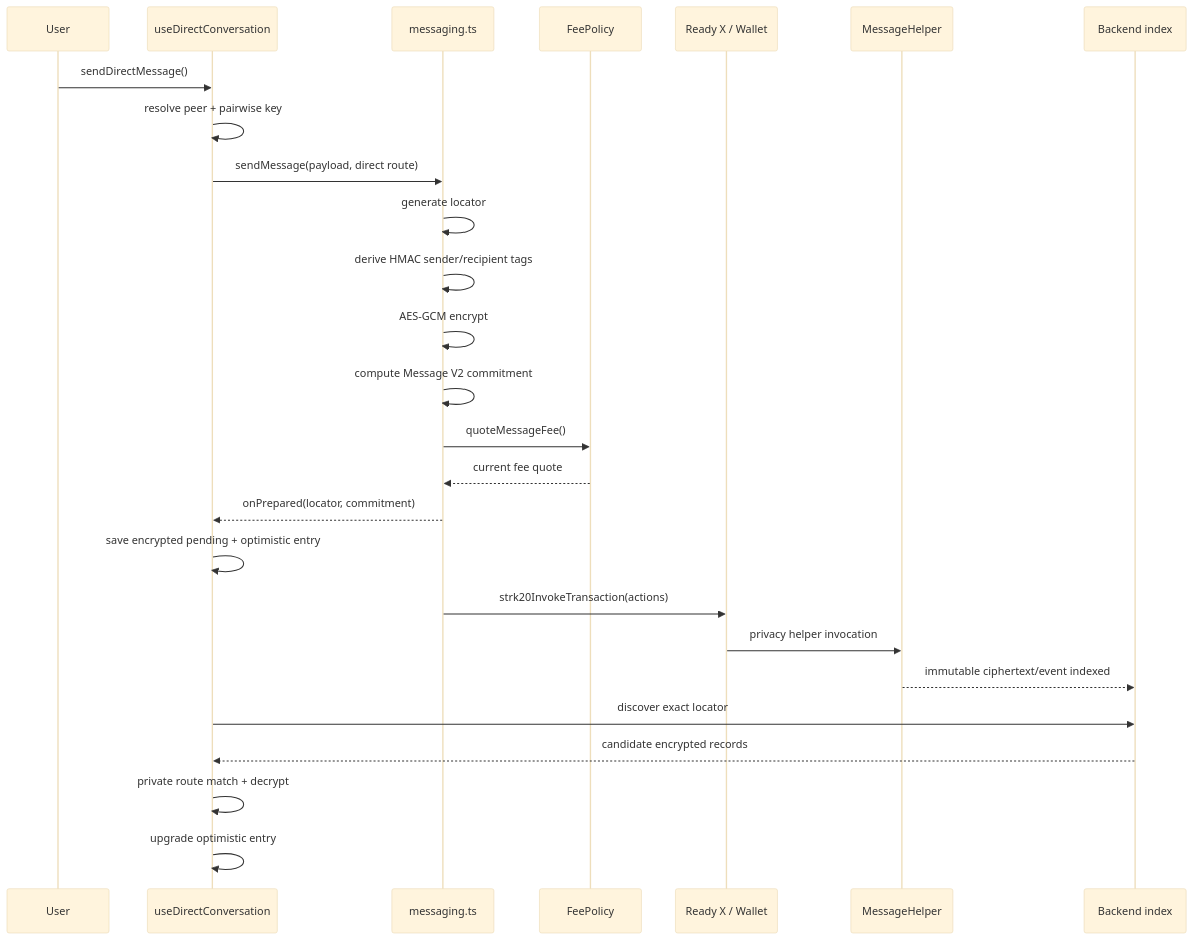
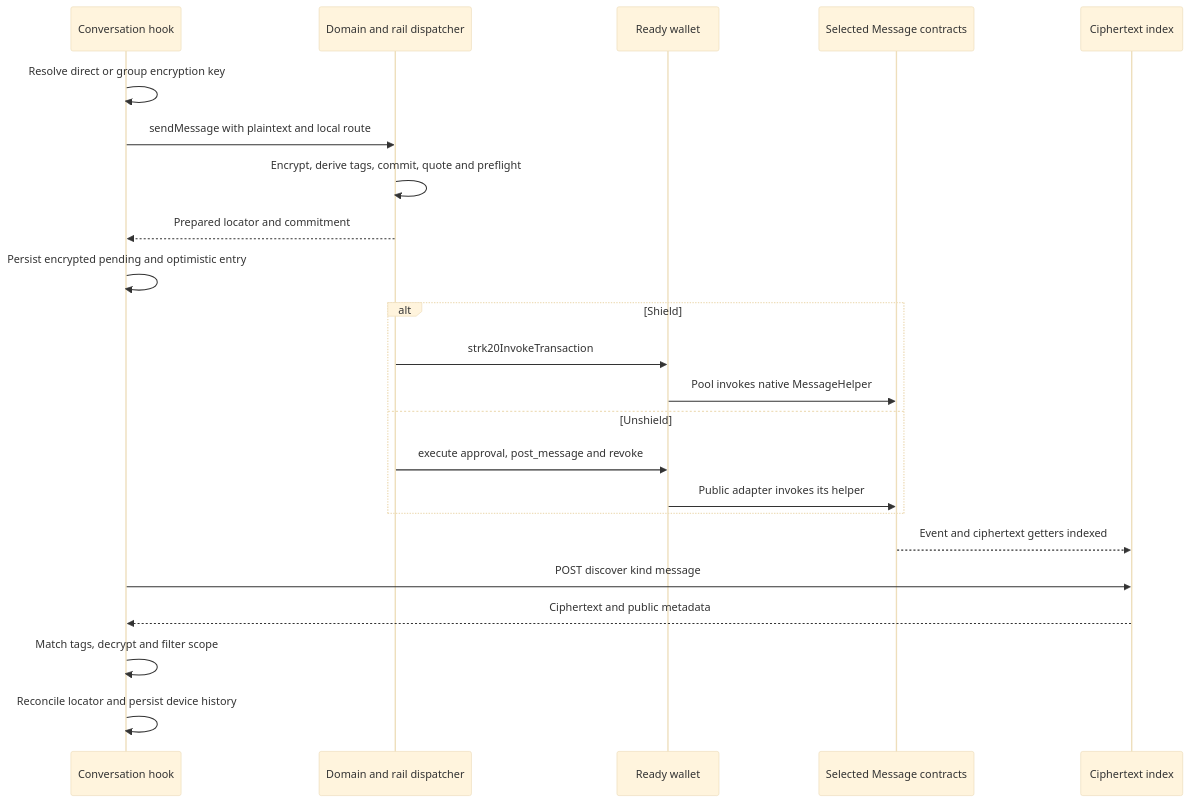
One commit to DXJLabs/vinss changed the second of 9 diagrams in docs/technical/frontend/direct-chat.md. Above: the diagram before and after it, drawn with Mermaid (base theme). The commit also changed other lines of this file and 8 other files, not shown here.

Commit message:
docs: refresh messaging architecture, code maps and Mermaid; verify Offer rails

````diff
--- a/docs/technical/frontend/direct-chat.md
+++ b/docs/technical/frontend/direct-chat.md
@@ -679,29 +686,25 @@
 ```mermaid
 sequenceDiagram
-    participant U as User
-    participant H as useDirectConversation
-    participant M as messaging.ts
-    participant F as FeePolicy
-    participant W as Ready X / Wallet
-    participant C as MessageHelper
-    participant I as Backend index
-
-    U->>H: sendDirectMessage()
-    H->>H: resolve peer + pairwise key
-    H->>M: sendMessage(payload, direct route)
-    M->>M: generate locator
-    M->>M: derive HMAC sender/recipient tags
-    M->>M: AES-GCM encrypt
-    M->>M: compute Message V2 commitment
-    M->>F: quoteMessageFee()
-    F-->>M: current fee quote
-    M-->>H: onPrepared(locator, commitment)
-    H->>H: save encrypted pending + optimistic entry
-    M->>W: strk20InvokeTransaction(actions)
-    W->>C: privacy helper invocation
-    C-->>I: immutable ciphertext/event indexed
-    H->>I: discover exact locator
-    I-->>H: candidate encrypted records
-    H->>H: private route match + decrypt
-    H->>H: upgrade optimistic entry
+    participant H as Conversation hook
+    participant M as Domain and rail dispatcher
+    participant W as Ready wallet
+    participant C as Selected Message contracts
+    participant I as Ciphertext index
+    H->>H: Resolve direct or group encryption key
+    H->>M: sendMessage with plaintext and local route
+    M->>M: Encrypt, derive tags, commit, quote and preflight
+    M-->>H: Prepared locator and commitment
+    H->>H: Persist encrypted pending and optimistic entry
+    alt Shield
+        M->>W: strk20InvokeTransaction
+        W->>C: Pool invokes native MessageHelper
+    else Unshield
+        M->>W: execute approval, post_message and revoke
+        W->>C: Public adapter invokes its helper
+    end
+    C-->>I: Event and ciphertext getters indexed
+    H->>I: POST discover kind message
+    I-->>H: Ciphertext and public metadata
+    H->>H: Match tags, decrypt and filter scope
+    H->>H: Reconcile locator and persist device history
 ```
````
